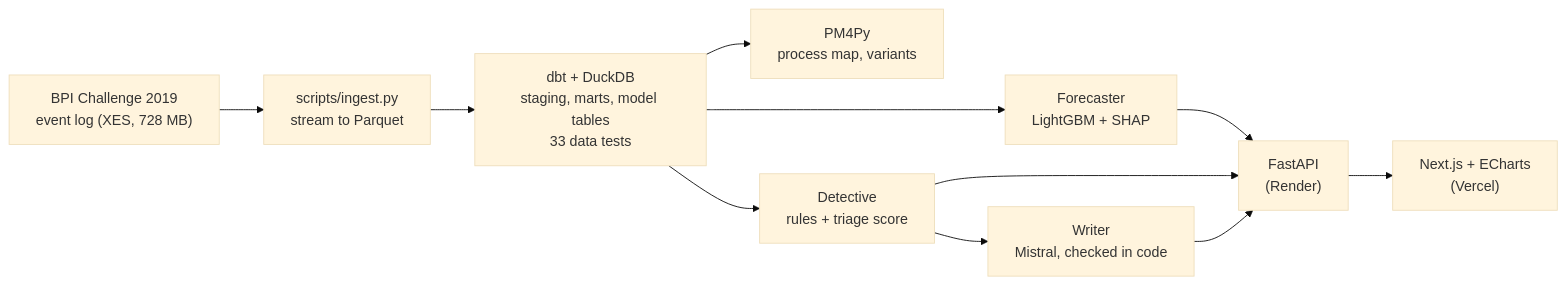
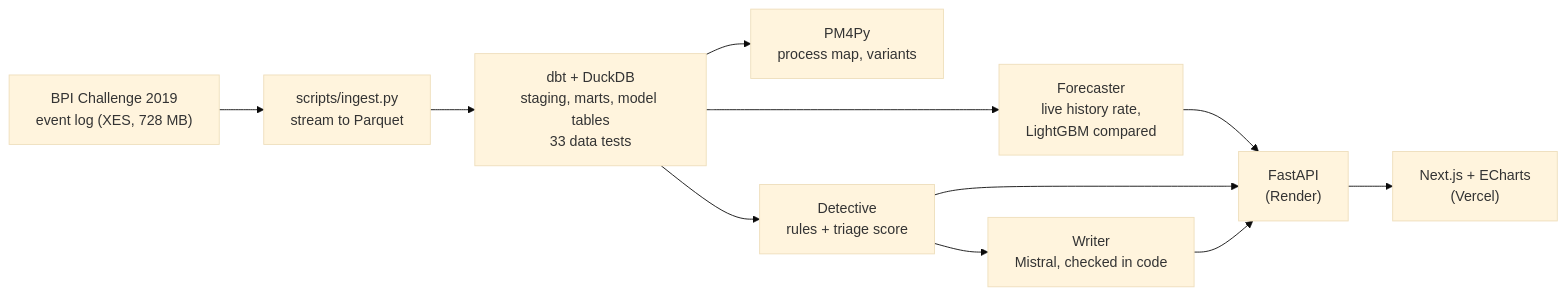
Before and after one commit to Thierry-Daconceicao-Alvares/invoice-block-radar: the diagram in README.md, drawn with Mermaid (base theme). The commit also changed other lines of this file, not shown here.

````diff
--- a/README.md
+++ b/README.md
@@ -129,13 +151,13 @@
 ```mermaid
 flowchart LR
     xes["BPI Challenge 2019<br/>event log (XES, 728 MB)"] --> ingest["scripts/ingest.py<br/>stream to Parquet"]
     ingest --> dbt["dbt + DuckDB<br/>staging, marts, model tables<br/>33 data tests"]
     dbt --> pm["PM4Py<br/>process map, variants"]
-    dbt --> forecast["Forecaster<br/>LightGBM + SHAP"]
+    dbt --> forecast["Forecaster<br/>live history rate,<br/>LightGBM compared"]
     dbt --> detective["Detective<br/>rules + triage score"]
     detective --> writer["Writer<br/>Mistral, checked in code"]
     forecast --> api["FastAPI<br/>(Render)"]
     detective --> api
     writer --> api
     api --> web["Next.js + ECharts<br/>(Vercel)"]
 ```
````
